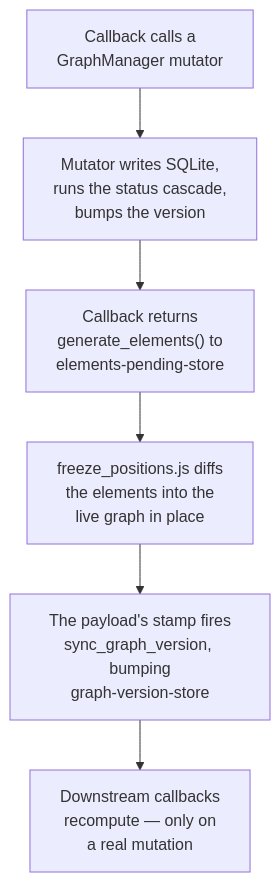
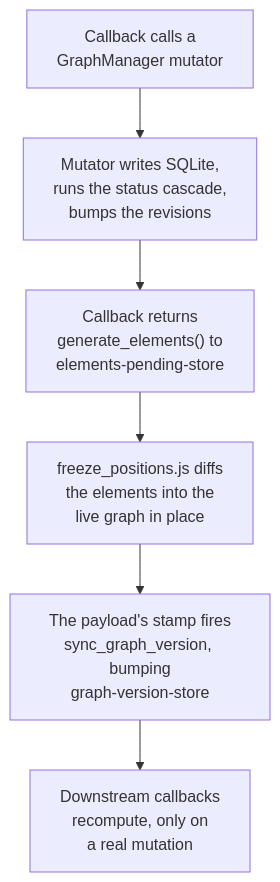
Before and after one commit to jmaroszek/Skill-Tree: the diagram in docs/app_architecture.md, drawn with Mermaid. The commit also changed other lines of this file and 65 other files, not shown here.

First line of the commit message:
Rewrite the architecture doc as a map, and tidy the docs

````diff
--- a/docs/app_architecture.md
+++ b/docs/app_architecture.md
@@ -220,8 +108,8 @@
 ```mermaid
 flowchart TD
-    C["Callback calls a<br/>GraphManager mutator"] --> M["Mutator writes SQLite,<br/>runs the status cascade,<br/>bumps the version"]
+    C["Callback calls a<br/>GraphManager mutator"] --> M["Mutator writes SQLite,<br/>runs the status cascade,<br/>bumps the revisions"]
     M --> P["Callback returns<br/>generate_elements() to<br/>elements-pending-store"]
     P --> J["freeze_positions.js diffs<br/>the elements into the<br/>live graph in place"]
     J --> V["The payload's stamp fires<br/>sync_graph_version, bumping<br/>graph-version-store"]
-    V --> D["Downstream callbacks<br/>recompute — only on<br/>a real mutation"]
+    V --> D["Downstream callbacks<br/>recompute, only on<br/>a real mutation"]
 ```
````
